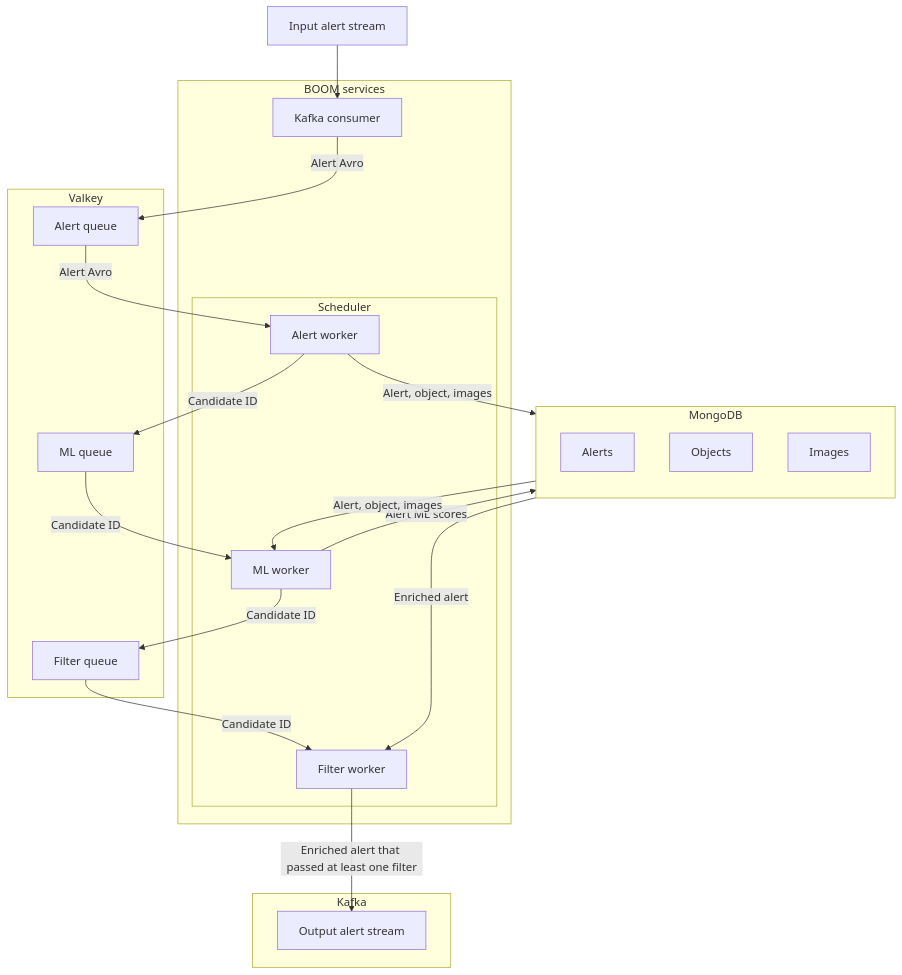
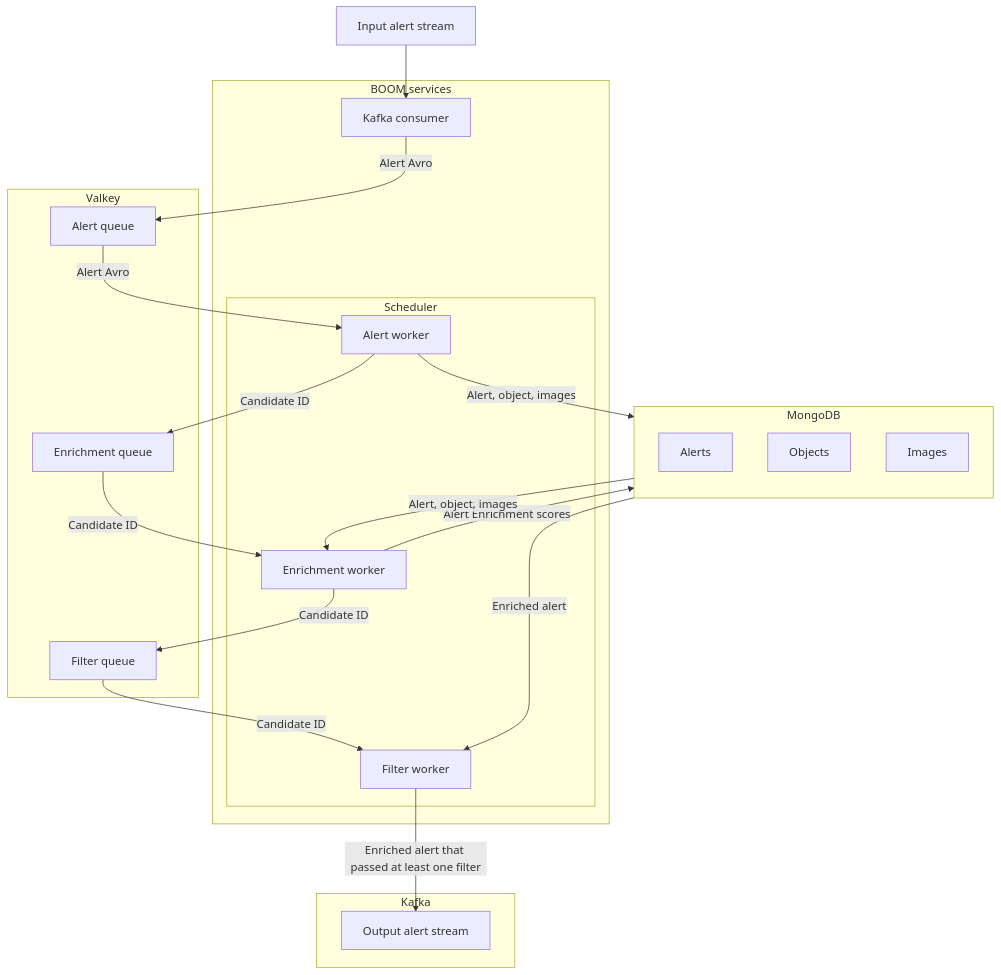
One commit to boom-astro/boom changed the diagram in docs/alert-processing.md. Above: the diagram before and after it, drawn with Mermaid. The commit also changed other lines of this file and 9 other files, not shown here.

````diff
--- a/docs/alert-processing.md
+++ b/docs/alert-processing.md
@@ -23,44 +23,44 @@
 ```mermaid
 graph TB
 
     Input[Input alert stream]
 
     subgraph Kafka
         Output[Output alert stream]
     end
 
     subgraph Valkey
         AlertQueue[Alert queue]
-        MLQueue[ML queue]
+        EnrichmentQueue[Enrichment queue]
         FilterQueue[Filter queue]
     end
 
     subgraph MongoDB
         direction TB
         AlertCollection[Alerts]
         ObjectCollection[Objects]
         ImageCollection[Images]
     end
 
     subgraph BOOM services
         KafkaConsumer[Kafka consumer]
         subgraph Scheduler
             AlertWorker[Alert worker]
-            MLWorker[ML worker]
+            EnrichmentWorker[Enrichment worker]
             FilterWorker[Filter worker]
         end
     end
 
     Input --> KafkaConsumer
     KafkaConsumer -- Alert Avro --> AlertQueue
     AlertQueue -- Alert Avro --> AlertWorker
-    AlertWorker -- Candidate ID --> MLQueue
+    AlertWorker -- Candidate ID --> EnrichmentQueue
     AlertWorker -- Alert, object, images --> MongoDB
-    MLQueue -- Candidate ID --> MLWorker
-    MLWorker -- Candidate ID --> FilterQueue
-    MLWorker -- Alert ML scores --> AlertCollection
-    MongoDB -- Alert, object, images --> MLWorker
+    EnrichmentQueue -- Candidate ID --> EnrichmentWorker
+    EnrichmentWorker -- Candidate ID --> FilterQueue
+    EnrichmentWorker -- Alert Enrichment scores --> AlertCollection
+    MongoDB -- Alert, object, images --> EnrichmentWorker
     FilterQueue -- Candidate ID --> FilterWorker
     MongoDB -- Enriched alert --> FilterWorker
     FilterWorker -- Enriched alert that passed at least one filter --> Output
 ```
````
